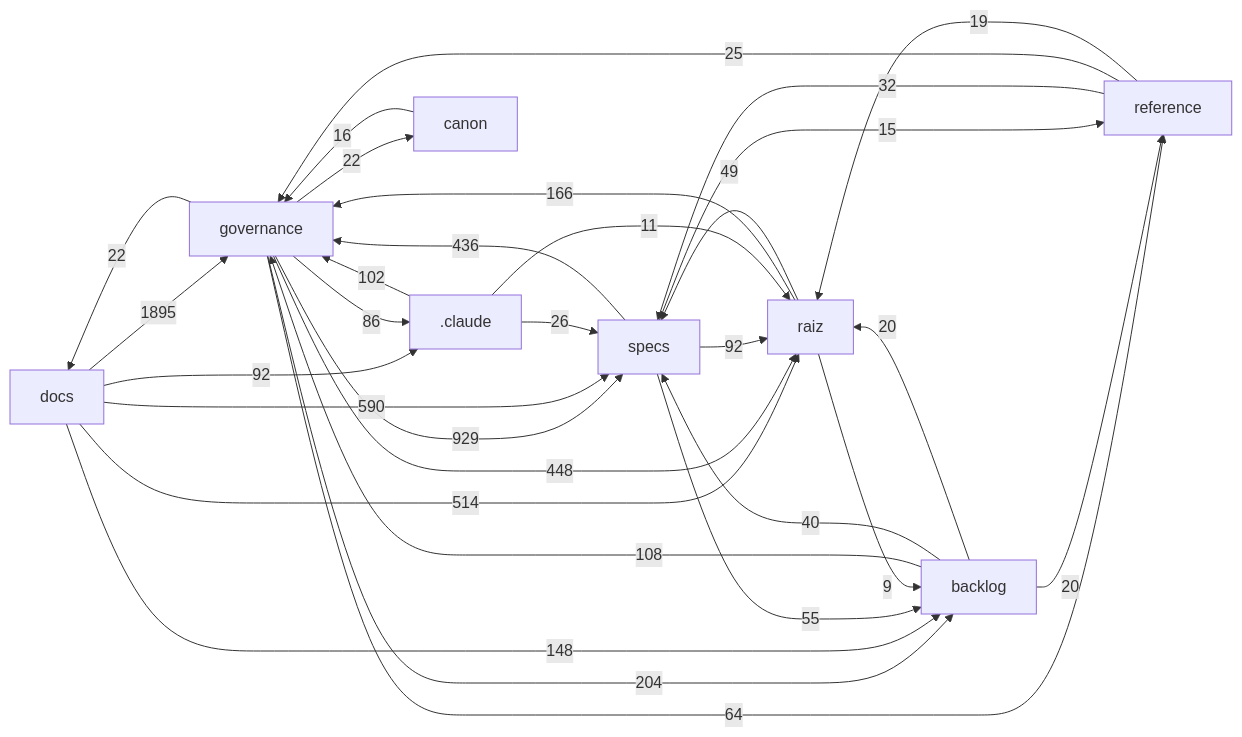
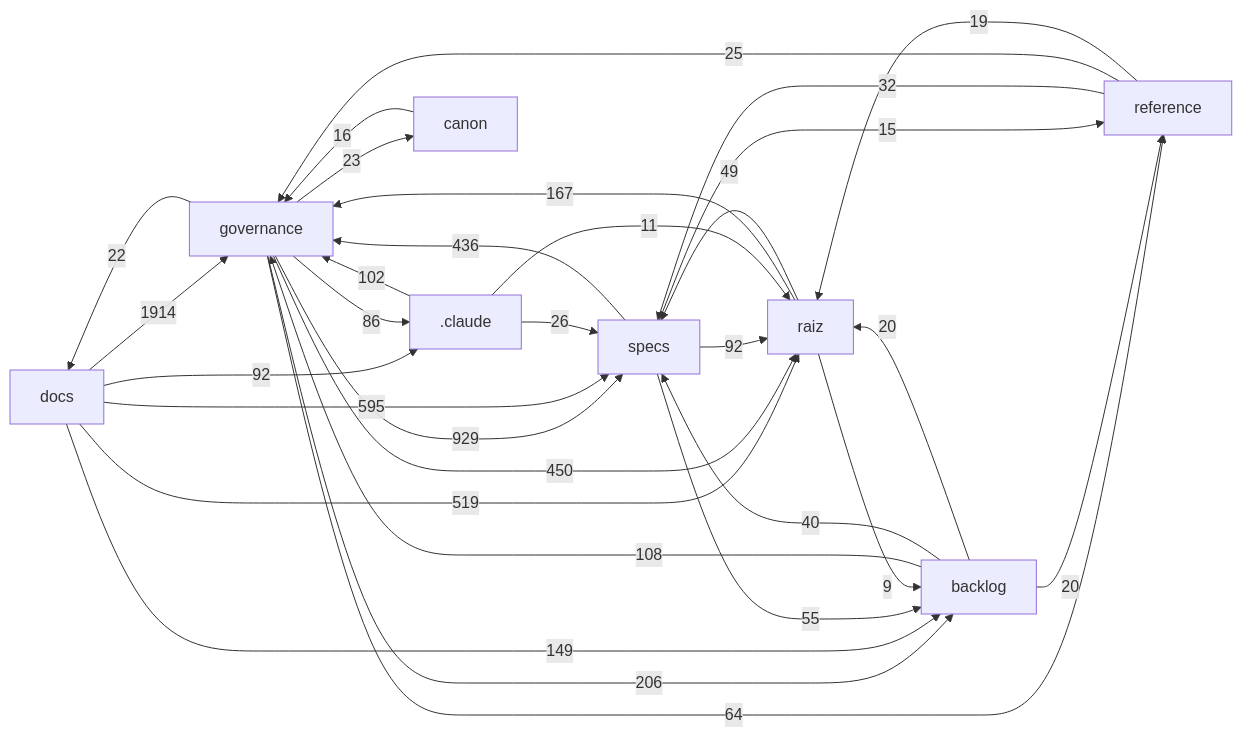
Before and after one commit to Andraus35/Sistema-Operacional-de-Trading--SOT: the diagram in docs/mapa/MAPA-PROJETO.md, drawn with Mermaid. The commit also changed other lines of this file and 4 other files, not shown here.

````diff
--- a/docs/mapa/MAPA-PROJETO.md
+++ b/docs/mapa/MAPA-PROJETO.md
@@ -29,33 +29,33 @@
 ```mermaid
 flowchart LR
-  docs["docs"] -->|1895| governance["governance"]
+  docs["docs"] -->|1914| governance["governance"]
   governance["governance"] -->|929| specs["specs"]
-  docs["docs"] -->|590| specs["specs"]
-  docs["docs"] -->|514| raiz["raiz"]
-  governance["governance"] -->|448| raiz["raiz"]
+  docs["docs"] -->|595| specs["specs"]
+  docs["docs"] -->|519| raiz["raiz"]
+  governance["governance"] -->|450| raiz["raiz"]
   specs["specs"] -->|436| governance["governance"]
-  governance["governance"] -->|204| backlog["backlog"]
-  raiz["raiz"] -->|166| governance["governance"]
-  docs["docs"] -->|148| backlog["backlog"]
+  governance["governance"] -->|206| backlog["backlog"]
+  raiz["raiz"] -->|167| governance["governance"]
+  docs["docs"] -->|149| backlog["backlog"]
   backlog["backlog"] -->|108| governance["governance"]
   _claude[".claude"] -->|102| governance["governance"]
   docs["docs"] -->|92| _claude[".claude"]
   specs["specs"] -->|92| raiz["raiz"]
   governance["governance"] -->|86| _claude[".claude"]
   governance["governance"] -->|64| reference["reference"]
   specs["specs"] -->|55| backlog["backlog"]
   raiz["raiz"] -->|49| specs["specs"]
   backlog["backlog"] -->|40| specs["specs"]
   reference["reference"] -->|32| specs["specs"]
   _claude[".claude"] -->|26| specs["specs"]
   reference["reference"] -->|25| governance["governance"]
+  governance["governance"] -->|23| canon["canon"]
   governance["governance"] -->|22| docs["docs"]
-  governance["governance"] -->|22| canon["canon"]
   backlog["backlog"] -->|20| raiz["raiz"]
   backlog["backlog"] -->|20| reference["reference"]
   reference["reference"] -->|19| raiz["raiz"]
   canon["canon"] -->|16| governance["governance"]
   specs["specs"] -->|15| reference["reference"]
   _claude[".claude"] -->|11| raiz["raiz"]
   raiz["raiz"] -->|9| backlog["backlog"]
 ```
````
